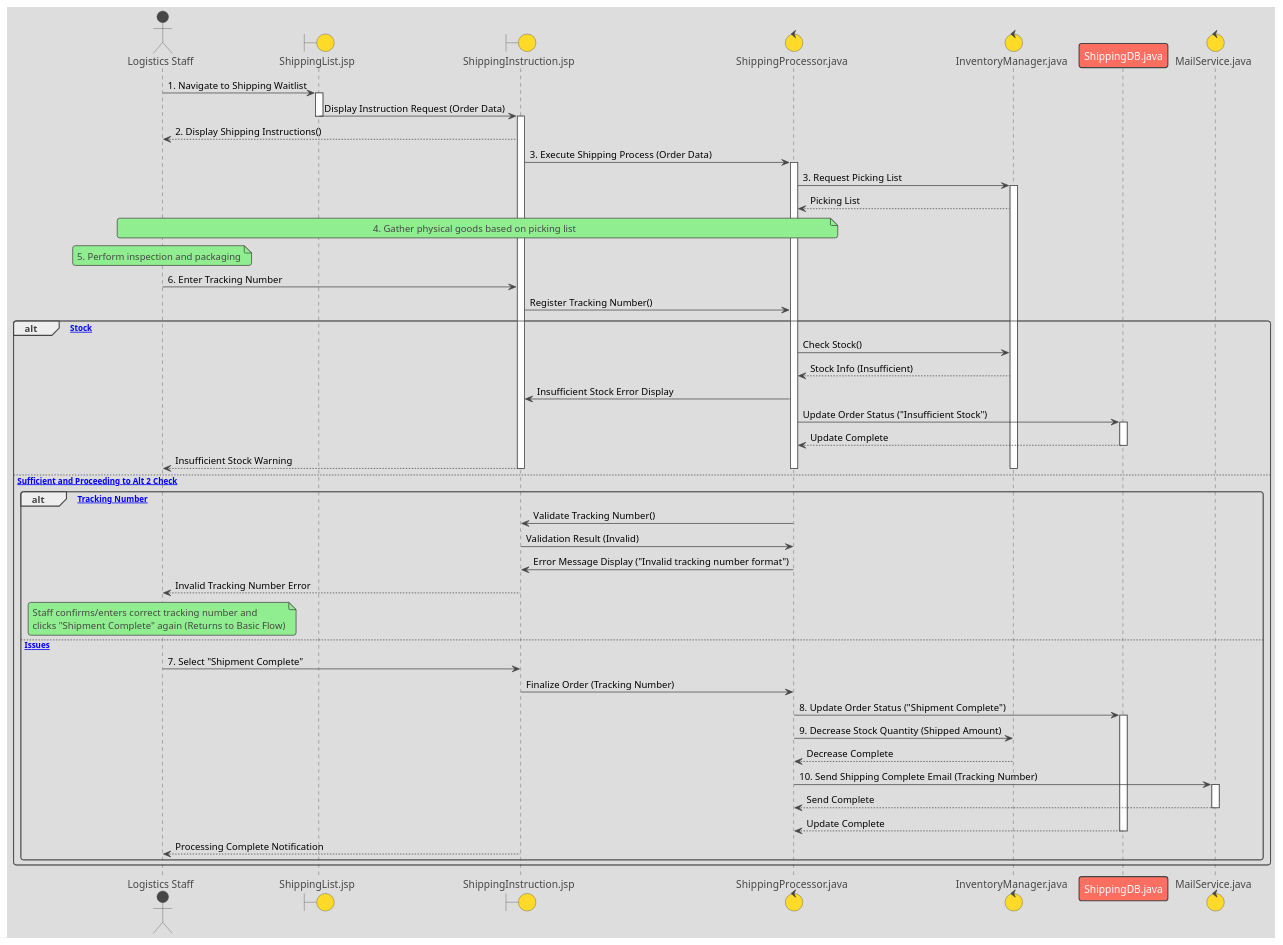
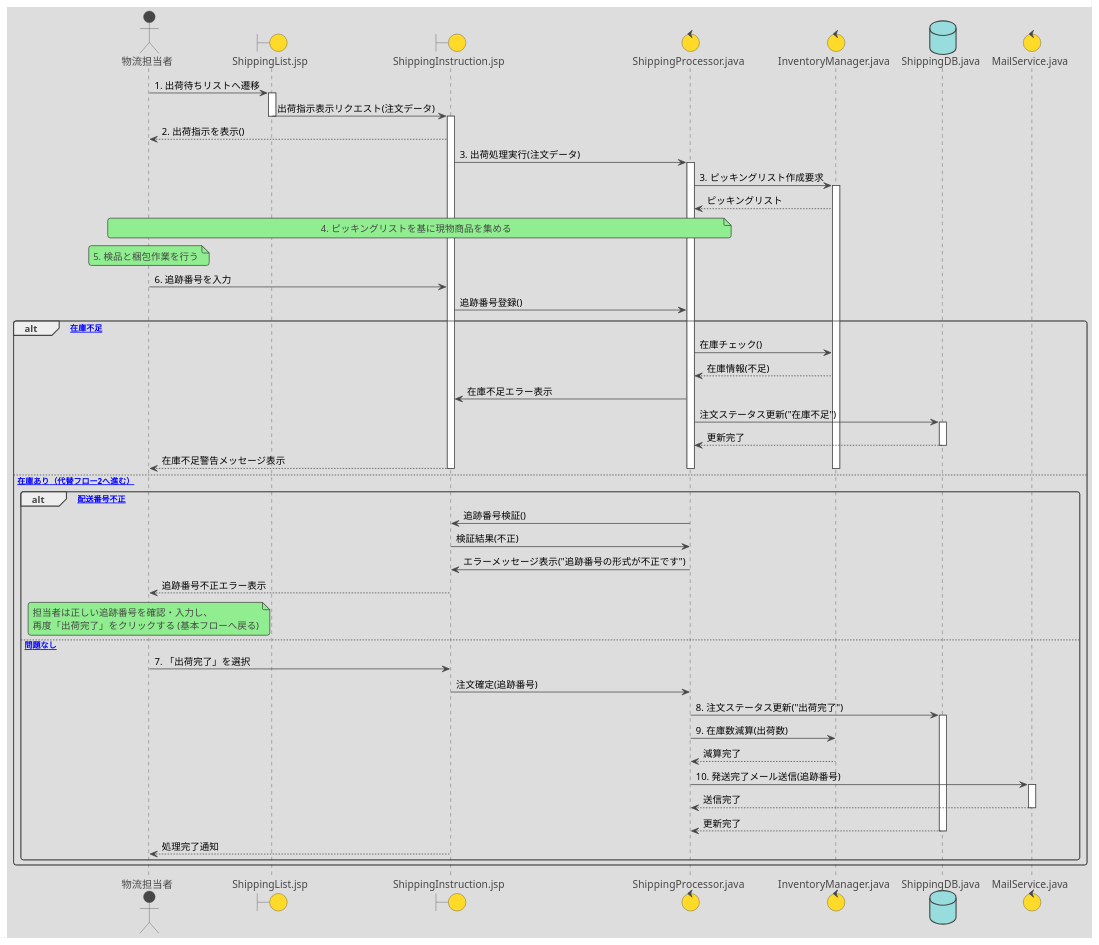
The diagram in Sequence_Shipment preparation.pu (mameiku/group3-4), drawn with PlantUML before and after one commit. The commit also changed 3 other files, not shown here.

```diff
--- a/Sequence_Shipment preparation.pu
+++ b/Sequence_Shipment preparation.pu
@@ -1,115 +1,115 @@
 @startuml ShippingPreparationSequenceDiagram
 !theme toy
 
 ' ====================================================================
 ' Participant Definitions (Using .jsp and .java notation)
 ' ====================================================================
-actor LogisticsStaff as "Logistics Staff"
+actor LogisticsStaff as "物流担当者"
 boundary ShippingListJSP as "ShippingList.jsp"
 boundary ShippingInstructionJSP as "ShippingInstruction.jsp"
 control ShippingProcessorJava as "ShippingProcessor.java"
 control InventoryManagerJava as "InventoryManager.java"
-participant ShippingDBJava as "ShippingDB.java" 
+database ShippingDBJava as "ShippingDB.java"
 control MailServiceJava as "MailService.java"
 
 ' ====================================================================
-' Basic Flow
+' Basic Flow (基本フロー)
 ' ====================================================================
 
-' 1. Logistics staff navigates from the management screen to the "Shipping Waitlist".
-LogisticsStaff -> ShippingListJSP : 1. Navigate to Shipping Waitlist
+' 1. 物流担当者は、出荷管理画面から「出荷待ちリスト」へ遷移する
+LogisticsStaff -> ShippingListJSP : 1. 出荷待ちリストへ遷移
 activate ShippingListJSP
 
-' 2. The system selects an order awaiting shipment and displays "Shipping Instructions".
-ShippingListJSP -> ShippingInstructionJSP : Display Instruction Request (Order Data)
+' 2. システムは出荷待ちの注文を選び、「出荷指示」を表示する
+ShippingListJSP -> ShippingInstructionJSP : 出荷指示表示リクエスト(注文データ)
 deactivate ShippingListJSP
 activate ShippingInstructionJSP
 
-ShippingInstructionJSP --> LogisticsStaff : 2. Display Shipping Instructions()
+ShippingInstructionJSP --> LogisticsStaff : 2. 出荷指示を表示()
 
-' 3. The system executes the shipping process based on the order and creates a picking list.
-ShippingInstructionJSP -> ShippingProcessorJava : 3. Execute Shipping Process (Order Data)
+' 3. システムは、注文内容に基づき出荷処理を実行し、ピッキングリストを作成する
+ShippingInstructionJSP -> ShippingProcessorJava : 3. 出荷処理実行(注文データ)
 activate ShippingProcessorJava
 
-ShippingProcessorJava -> InventoryManagerJava : 3. Request Picking List
+ShippingProcessorJava -> InventoryManagerJava : 3. ピッキングリスト作成要求
 activate InventoryManagerJava
-InventoryManagerJava --> ShippingProcessorJava : Picking List
+InventoryManagerJava --> ShippingProcessorJava : ピッキングリスト
 
-' 4. The actor gathers physical goods from the warehouse based on the picking list.
-Note over LogisticsStaff, ShippingProcessorJava : 4. Gather physical goods based on picking list
+' 4. アクターは、ピッキングリストを基に、倉庫から現物商品を集める
+Note over LogisticsStaff, ShippingProcessorJava : 4. ピッキングリストを基に現物商品を集める
 
-' 5. The actor inspects and packs the goods.
-Note over LogisticsStaff : 5. Perform inspection and packaging
+' 5. アクターは、商品の検品と梱包作業を行う
+Note over LogisticsStaff : 5. 検品と梱包作業を行う
 
-' 6. The actor issues the shipping slip and enters the tracking number into the system.
-LogisticsStaff -> ShippingInstructionJSP : 6. Enter Tracking Number
-ShippingInstructionJSP -> ShippingProcessorJava : Register Tracking Number()
+' 6. アクターは、配送伝票の発行と追跡番号をシステムに入力する
+LogisticsStaff -> ShippingInstructionJSP : 6. 追跡番号を入力
+ShippingInstructionJSP -> ShippingProcessorJava : 追跡番号登録()
 
-' --- Alternative Flow 1: Cannot ship due to insufficient stock (Fork at Basic Flow 3) ---
-alt [Insufficient Stock]
-    ' Basic Flow 3. System checks stock.
-    ShippingProcessorJava -> InventoryManagerJava : Check Stock()
-    InventoryManagerJava --> ShippingProcessorJava : Stock Info (Insufficient)
+' --- Alternative Flow 1: Cannot ship due to insufficient stock (代替フロー 1: 在庫不足) ---
+alt [在庫不足]
+    ' Basic Flow 3. システムが在庫をチェック
+    ShippingProcessorJava -> InventoryManagerJava : 在庫チェック()
+    InventoryManagerJava --> ShippingProcessorJava : 在庫情報(不足)
     
-    ' Alt 1-1. System detects insufficient stock during processing.
-    ShippingProcessorJava -> ShippingInstructionJSP : Insufficient Stock Error Display
+    ' Alt 1-1. システムは、出荷処理時に対象商品の在庫が不足していることを検知する
+    ShippingProcessorJava -> ShippingInstructionJSP : 在庫不足エラー表示
     
-    ' Alt 1-2. System updates the order status to "Insufficient Stock".
-    ShippingProcessorJava -> ShippingDBJava : Update Order Status ("Insufficient Stock")
+    ' Alt 1-2. システムは、当該注文を「在庫不足」ステータスに更新
+    ShippingProcessorJava -> ShippingDBJava : 注文ステータス更新("在庫不足")
     activate ShippingDBJava
-    ShippingDBJava --> ShippingProcessorJava : Update Complete
+    ShippingDBJava --> ShippingProcessorJava : 更新完了
     deactivate ShippingDBJava
 
-    ' Alt 1-3. Display warning message to the actor.
-    ShippingInstructionJSP --> LogisticsStaff : Insufficient Stock Warning
+    ' Alt 1-3. アクターに警告メッセージを表示
+    ShippingInstructionJSP --> LogisticsStaff : 在庫不足警告メッセージ表示
 
     deactivate InventoryManagerJava
     deactivate ShippingProcessorJava
     deactivate ShippingInstructionJSP
 
-else [Stock Sufficient and Proceeding to Alt 2 Check]
-' --- Alternative Flow 2: Invalid format for tracking number (Fork at Basic Flow 6) ---
-alt [Invalid Tracking Number]
-    ShippingProcessorJava -> ShippingInstructionJSP : Validate Tracking Number()
-    ShippingInstructionJSP -> ShippingProcessorJava : Validation Result (Invalid)
+else [在庫あり（代替フロー2へ進む）]
+' --- Alternative Flow 2: Invalid format for tracking number (代替フロー 2: 配送番号不正) ---
+alt [配送番号不正]
+    ShippingProcessorJava -> ShippingInstructionJSP : 追跡番号検証()
+    ShippingInstructionJSP -> ShippingProcessorJava : 検証結果(不正)
 
-    ' Alt 2-1. System displays an error message.
-    ShippingProcessorJava -> ShippingInstructionJSP : Error Message Display ("Invalid tracking number format")
+    ' Alt 2-1. システムは、エラーメッセージを表示する
+    ShippingProcessorJava -> ShippingInstructionJSP : エラーメッセージ表示("追跡番号の形式が不正です")
     deactivate ShippingProcessorJava
-    ShippingInstructionJSP --> LogisticsStaff : Invalid Tracking Number Error
+    ShippingInstructionJSP --> LogisticsStaff : 追跡番号不正エラー表示
     
-    Note over LogisticsStaff : Staff confirms/enters correct tracking number and\nclicks "Shipment Complete" again (Returns to Basic Flow)
+    Note over LogisticsStaff : 担当者は正しい追跡番号を確認・入力し、\n再度「出荷完了」をクリックする (基本フローへ戻る)
     deactivate ShippingInstructionJSP
     
-else [No Issues]
-    ' 7. The actor selects the "Shipment Complete" button.
-    LogisticsStaff -> ShippingInstructionJSP : 7. Select "Shipment Complete"
-    ShippingInstructionJSP -> ShippingProcessorJava : Finalize Order (Tracking Number)
+else [問題なし]
+    ' 7. アクターは「出荷完了」ボタンを選択する
+    LogisticsStaff -> ShippingInstructionJSP : 7. 「出荷完了」を選択
+    ShippingInstructionJSP -> ShippingProcessorJava : 注文確定(追跡番号)
     
-    ' 8. The system updates the order status to "Shipment Complete".
-    ShippingProcessorJava -> ShippingDBJava : 8. Update Order Status ("Shipment Complete")
+    ' 8. システムは、注文のステータスを「出荷完了」に更新する
+    ShippingProcessorJava -> ShippingDBJava : 8. 注文ステータス更新("出荷完了")
     activate ShippingDBJava
 
-    ' 9. The system reduces the stock quantity of the shipped goods.
-    ShippingProcessorJava -> InventoryManagerJava : 9. Decrease Stock Quantity (Shipped Amount)
-    InventoryManagerJava --> ShippingProcessorJava : Decrease Complete
+    ' 9. システムは、出荷された商品の在庫数を減算する
+    ShippingProcessorJava -> InventoryManagerJava : 9. 在庫数減算(出荷数)
+    InventoryManagerJava --> ShippingProcessorJava : 減算完了
     deactivate InventoryManagerJava
 
-    ' 10. The system automatically sends a shipping completion email including the tracking number to the customer.
-    ShippingProcessorJava -> MailServiceJava : 10. Send Shipping Complete Email (Tracking Number)
+    ' 10. システムは、追跡番号を含む発送完了メールを顧客に自動送信する
+    ShippingProcessorJava -> MailServiceJava : 10. 発送完了メール送信(追跡番号)
     activate MailServiceJava
-    MailServiceJava --> ShippingProcessorJava : Send Complete
+    MailServiceJava --> ShippingProcessorJava : 送信完了
     deactivate MailServiceJava
 
-    ShippingDBJava --> ShippingProcessorJava : Update Complete
+    ShippingDBJava --> ShippingProcessorJava : 更新完了
     deactivate ShippingDBJava
     
-    ' Post-condition: Update screen display and return to list.
+    ' Post-condition: 画面表示を更新し、リストに戻る。
     deactivate ShippingProcessorJava
-    ShippingInstructionJSP --> LogisticsStaff : Processing Complete Notification
+    ShippingInstructionJSP --> LogisticsStaff : 処理完了通知
     deactivate ShippingInstructionJSP
 
-end ' Close Alternative Flow 2 alt
-end ' Close Alternative Flow 1 alt
+end ' 代替フロー 2 alt を閉じる
+end ' 代替フロー 1 alt を閉じる
 
 @enduml
```
